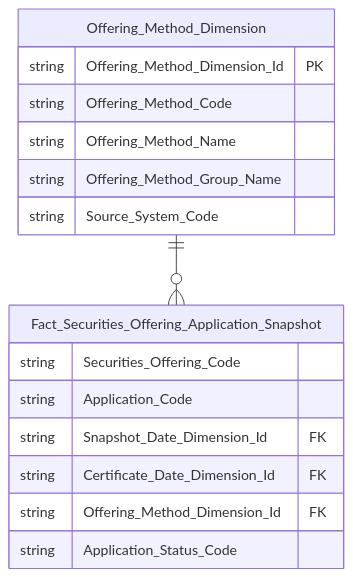
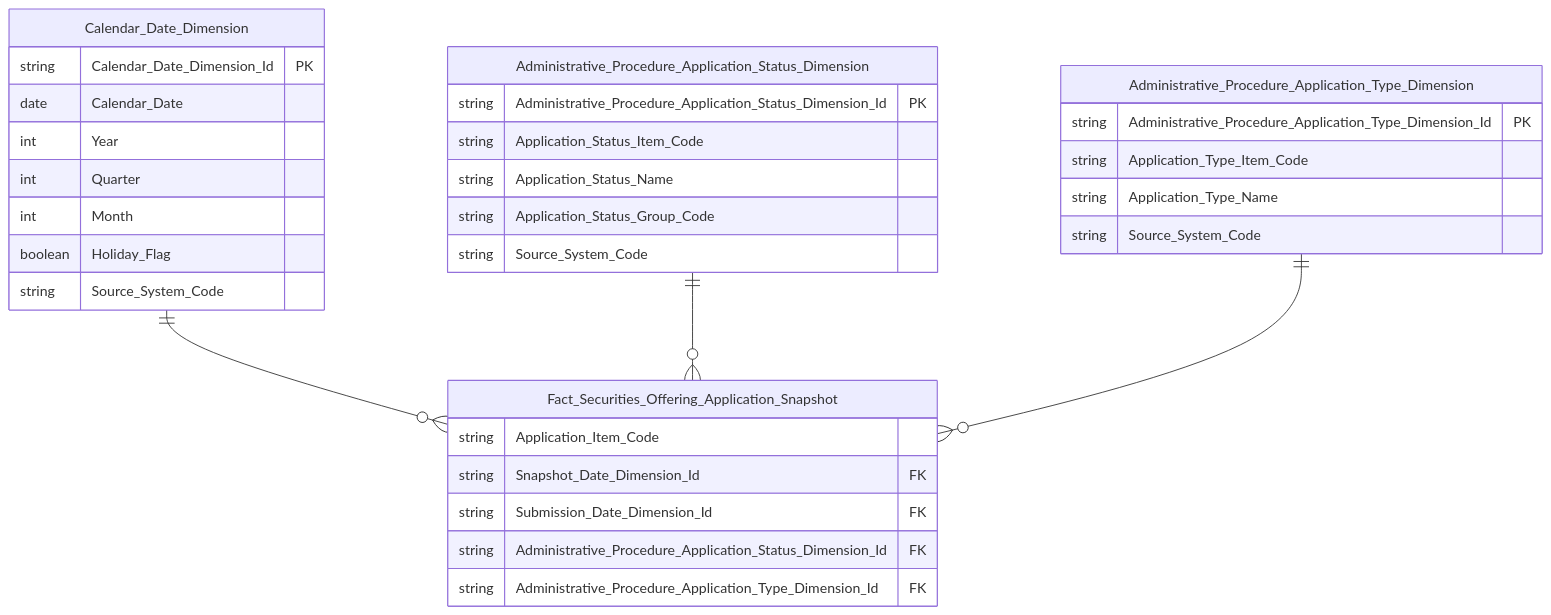
Before and after one commit to linhlvit/ubck_atomic_design: diagram 16 of 22 in Datamart/hld/DTM_QLCB_HLD.md, drawn with Mermaid. The commit also changed other lines of this file and 13 other files, not shown here.

````diff
--- a/Datamart/hld/DTM_QLCB_HLD.md
+++ b/Datamart/hld/DTM_QLCB_HLD.md
@@ -840,20 +906,36 @@
 ```mermaid
 erDiagram
-    Offering_Method_Dimension {
-        string Offering_Method_Dimension_Id PK
-        string Offering_Method_Code
-        string Offering_Method_Name
-        string Offering_Method_Group_Name
+    Calendar_Date_Dimension {
+        string Calendar_Date_Dimension_Id PK
+        date Calendar_Date
+        int Year
+        int Quarter
+        int Month
+        boolean Holiday_Flag
+        string Source_System_Code
+    }
+    Administrative_Procedure_Application_Status_Dimension {
+        string Administrative_Procedure_Application_Status_Dimension_Id PK
+        string Application_Status_Item_Code
+        string Application_Status_Name
+        string Application_Status_Group_Code
+        string Source_System_Code
+    }
+    Administrative_Procedure_Application_Type_Dimension {
+        string Administrative_Procedure_Application_Type_Dimension_Id PK
+        string Application_Type_Item_Code
+        string Application_Type_Name
         string Source_System_Code
     }
     Fact_Securities_Offering_Application_Snapshot {
-        string Securities_Offering_Code
-        string Application_Code
+        string Application_Item_Code
         string Snapshot_Date_Dimension_Id FK
-        string Certificate_Date_Dimension_Id FK
-        string Offering_Method_Dimension_Id FK
-        string Application_Status_Code
+        string Submission_Date_Dimension_Id FK
+        string Administrative_Procedure_Application_Status_Dimension_Id FK
+        string Administrative_Procedure_Application_Type_Dimension_Id FK
     }
 
-    Offering_Method_Dimension ||--o{ Fact_Securities_Offering_Application_Snapshot : " "
+    Calendar_Date_Dimension ||--o{ Fact_Securities_Offering_Application_Snapshot : " "
+    Administrative_Procedure_Application_Status_Dimension ||--o{ Fact_Securities_Offering_Application_Snapshot : " "
+    Administrative_Procedure_Application_Type_Dimension ||--o{ Fact_Securities_Offering_Application_Snapshot : " "
 ```
````
